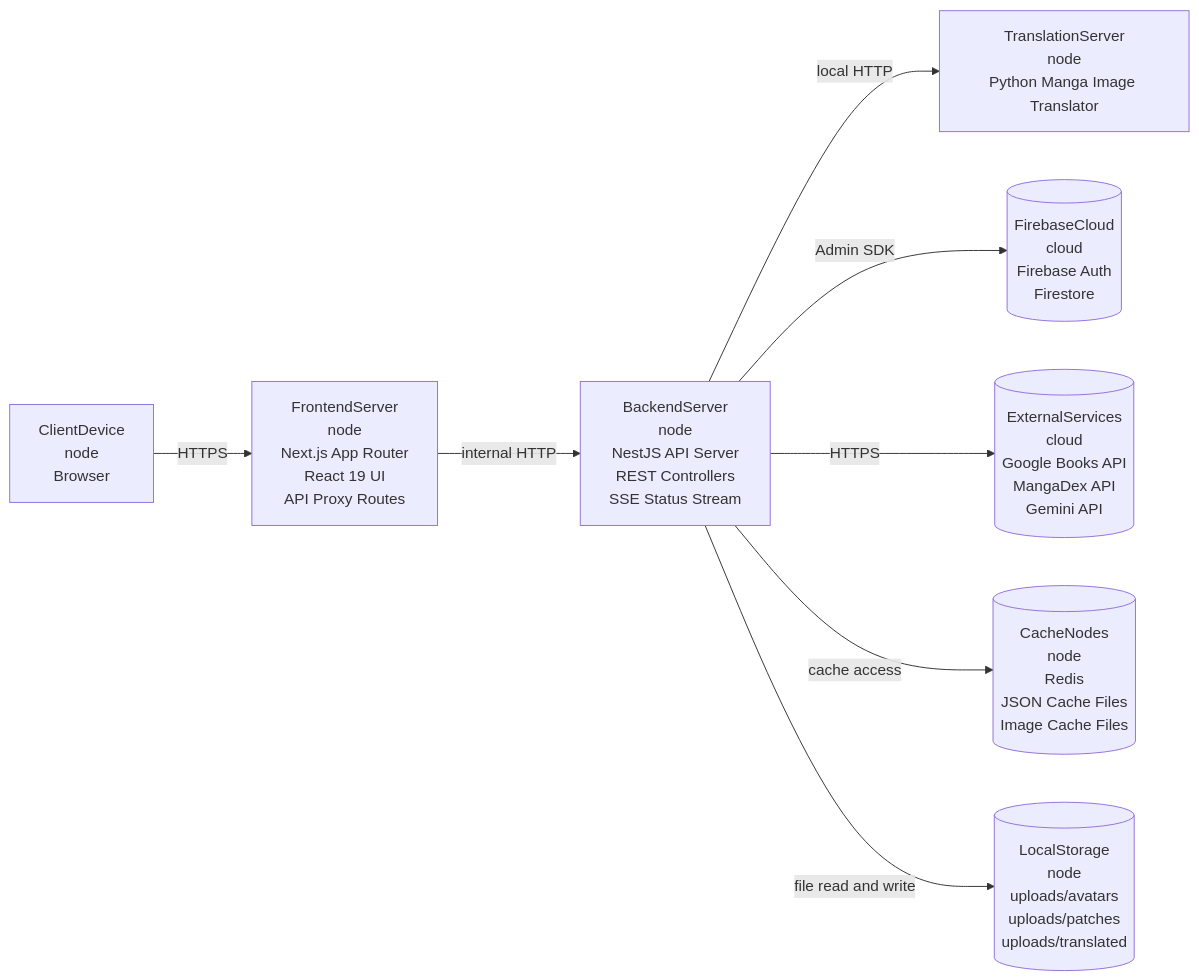
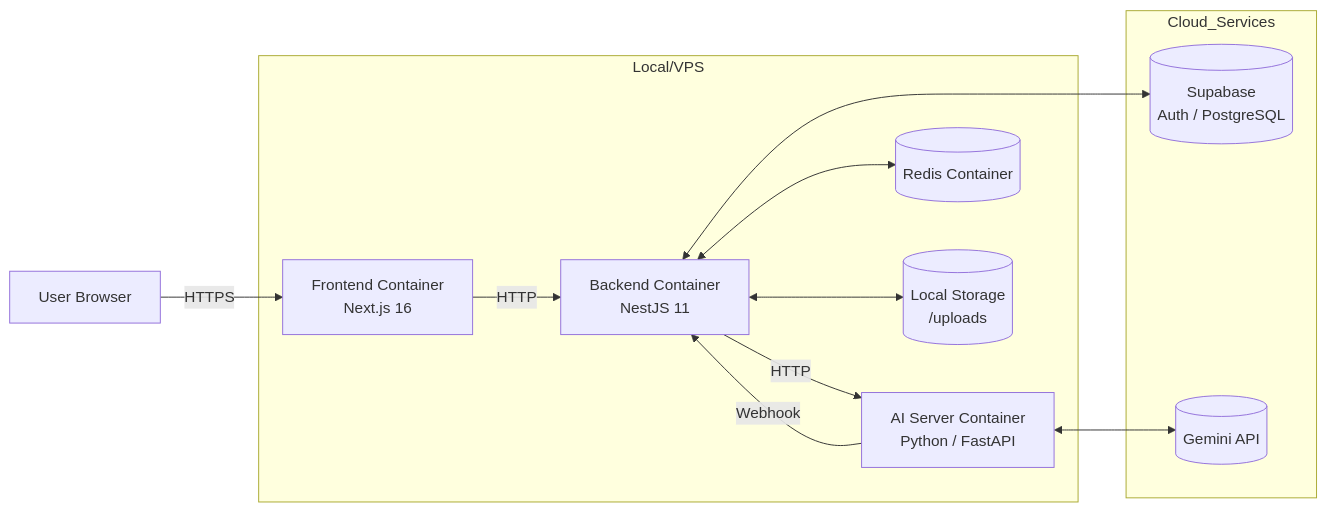
One commit to Slow-Inc/MangaDock changed the sixth of 6 diagrams in Documents/Software Engineer/UML_REPORT.md. Above: the diagram before and after it, drawn with Mermaid. The commit also changed other lines of this file and 54 other files, not shown here.

````diff
--- a/Documents/Software Engineer/UML_REPORT.md
+++ b/Documents/Software Engineer/UML_REPORT.md
@@ -481,19 +198,26 @@
 ```mermaid
 flowchart LR
-  ClientDevice[ClientDevice\nnode\nBrowser]
-  FrontendServer[FrontendServer\nnode\nNext.js App Router\nReact 19 UI\nAPI Proxy Routes]
-  BackendServer[BackendServer\nnode\nNestJS API Server\nREST Controllers\nSSE Status Stream]
-  TranslationServer[TranslationServer\nnode\nPython Manga Image Translator]
-  FirebaseCloud[(FirebaseCloud\ncloud\nFirebase Auth\nFirestore)]
-  ExternalServices[(ExternalServices\ncloud\nGoogle Books API\nMangaDex API\nGemini API)]
-  CacheNodes[(CacheNodes\nnode\nRedis\nJSON Cache Files\nImage Cache Files)]
-  LocalStorage[(LocalStorage\nnode\nuploads/avatars\nuploads/patches\nuploads/translated)]
+  Browser[User Browser]
+  
+  subgraph Local/VPS
+    FE[Frontend Container\nNext.js 16]
+    BE[Backend Container\nNestJS 11]
+    MIT[AI Server Container\nPython / FastAPI]
+    Redis[(Redis Container)]
+    Disk[(Local Storage\n/uploads)]
+  end
 
-  ClientDevice -->|HTTPS| FrontendServer
-  FrontendServer -->|internal HTTP| BackendServer
-  BackendServer -->|local HTTP| TranslationServer
-  BackendServer -->|Admin SDK| FirebaseCloud
-  BackendServer -->|HTTPS| ExternalServices
-  BackendServer -->|cache access| CacheNodes
-  BackendServer -->|file read and write| LocalStorage
+  subgraph Cloud_Services
+    SupabaseCloud[(Supabase\nAuth / PostgreSQL)]
+    Gemini[(Gemini API)]
+  end
+
+  Browser -->|HTTPS| FE
+  FE -->|HTTP| BE
+  BE -->|HTTP| MIT
+  BE <--> Redis
+  BE <--> Disk
+  BE <--> SupabaseCloud
+  MIT <--> Gemini
+  MIT -->|Webhook| BE
 ```
````
